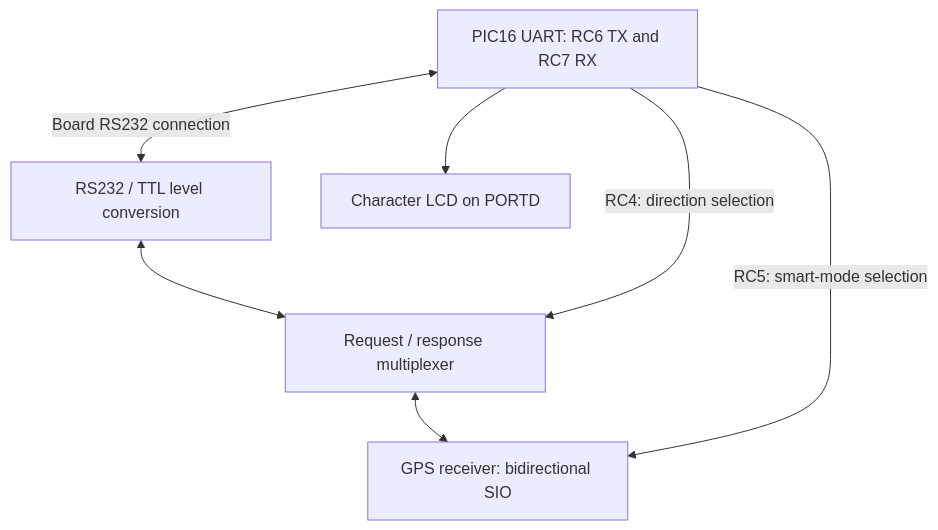
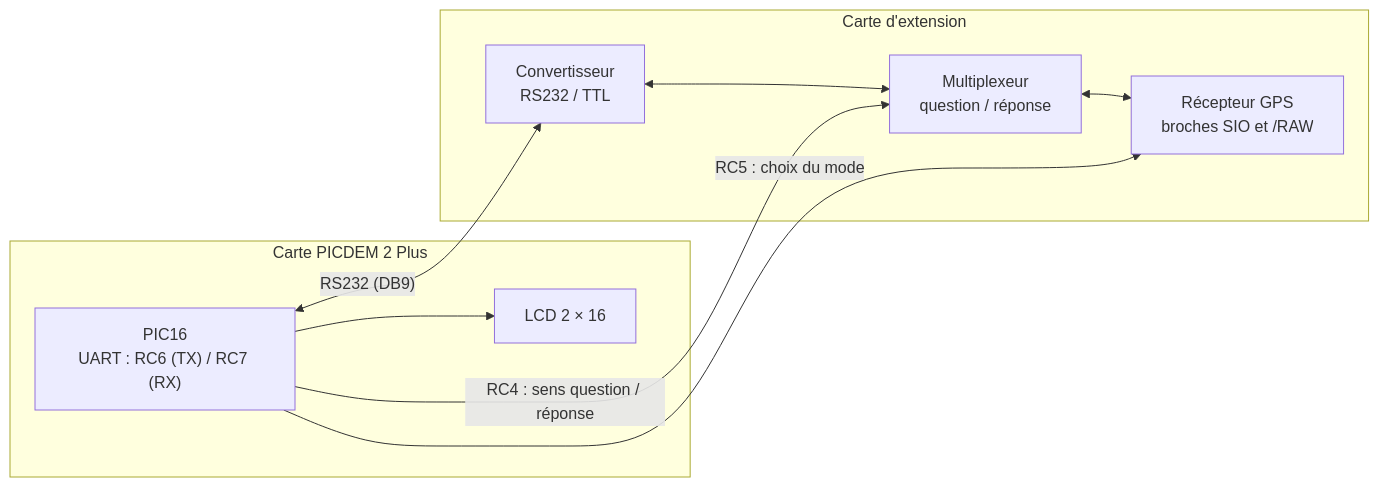
The first of 2 diagrams in README.md (tedjelmoulksn-dotcom/GPS_Microcontroller), drawn with Mermaid before and after one commit. The commit also changed other lines of this file and 109 other files, not shown here.

````diff
--- a/README.md
+++ b/README.md
@@ -45,9 +44,18 @@
 ```mermaid
-flowchart TD
-    P["PIC16 UART: RC6 TX and RC7 RX"] <-->|"Board RS232 connection"| C["RS232 / TTL level conversion"]
-    C <--> M["Request / response multiplexer"]
-    M <--> G["GPS receiver: bidirectional SIO"]
-    P --> L["Character LCD on PORTD"]
-    P -->|"RC4: direction selection"| M
-    P -->|"RC5: smart-mode selection"| G
+flowchart LR
+    subgraph PICDEM["Carte PICDEM 2 Plus"]
+        PIC["PIC16<br/>UART : RC6 (TX) / RC7 (RX)"]
+        LCD["LCD 2 × 16"]
+        PIC --> LCD
+    end
+    subgraph EXT["Carte d'extension"]
+        CONV["Convertisseur<br/>RS232 / TTL"]
+        MUX["Multiplexeur<br/>question / réponse"]
+        GPS["Récepteur GPS<br/>broches SIO et /RAW"]
+        CONV <--> MUX
+        MUX <--> GPS
+    end
+    PIC <-- "RS232 (DB9)" --> CONV
+    PIC -- "RC4 : sens question / réponse" --> MUX
+    PIC -- "RC5 : choix du mode" --> GPS
 ```
````
